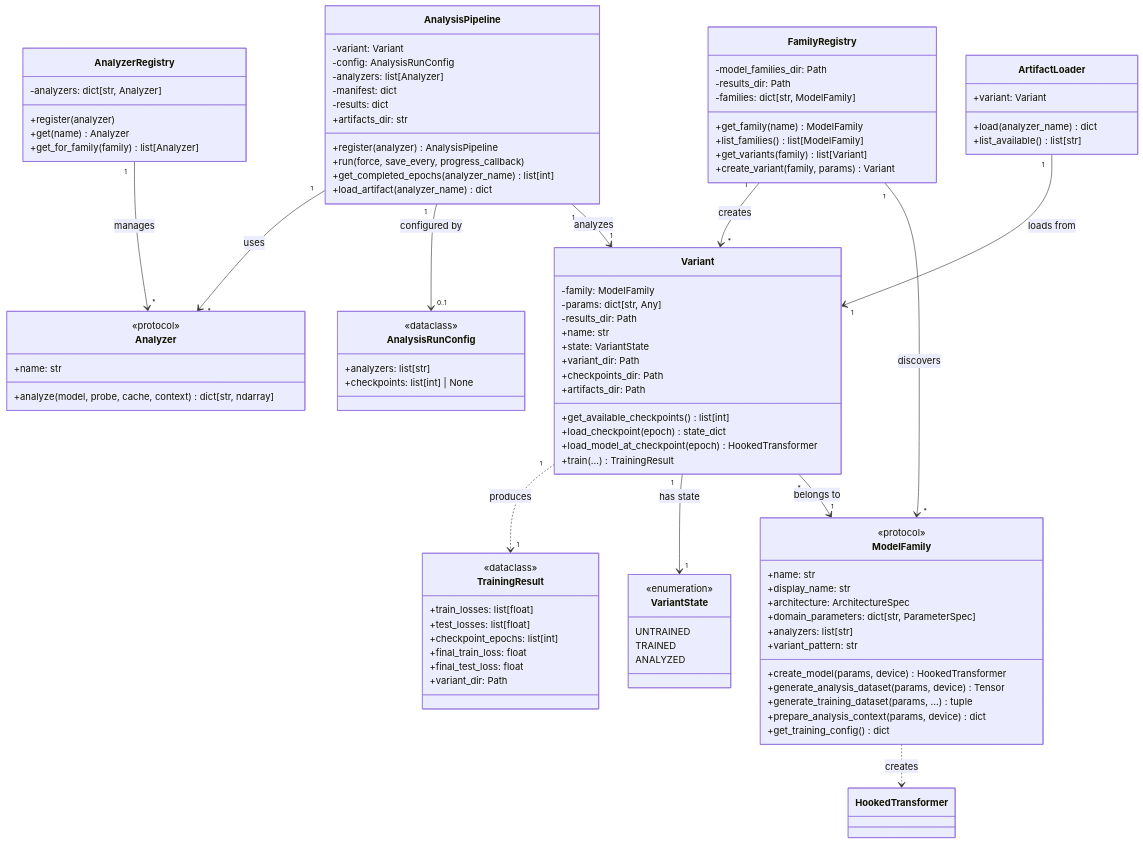
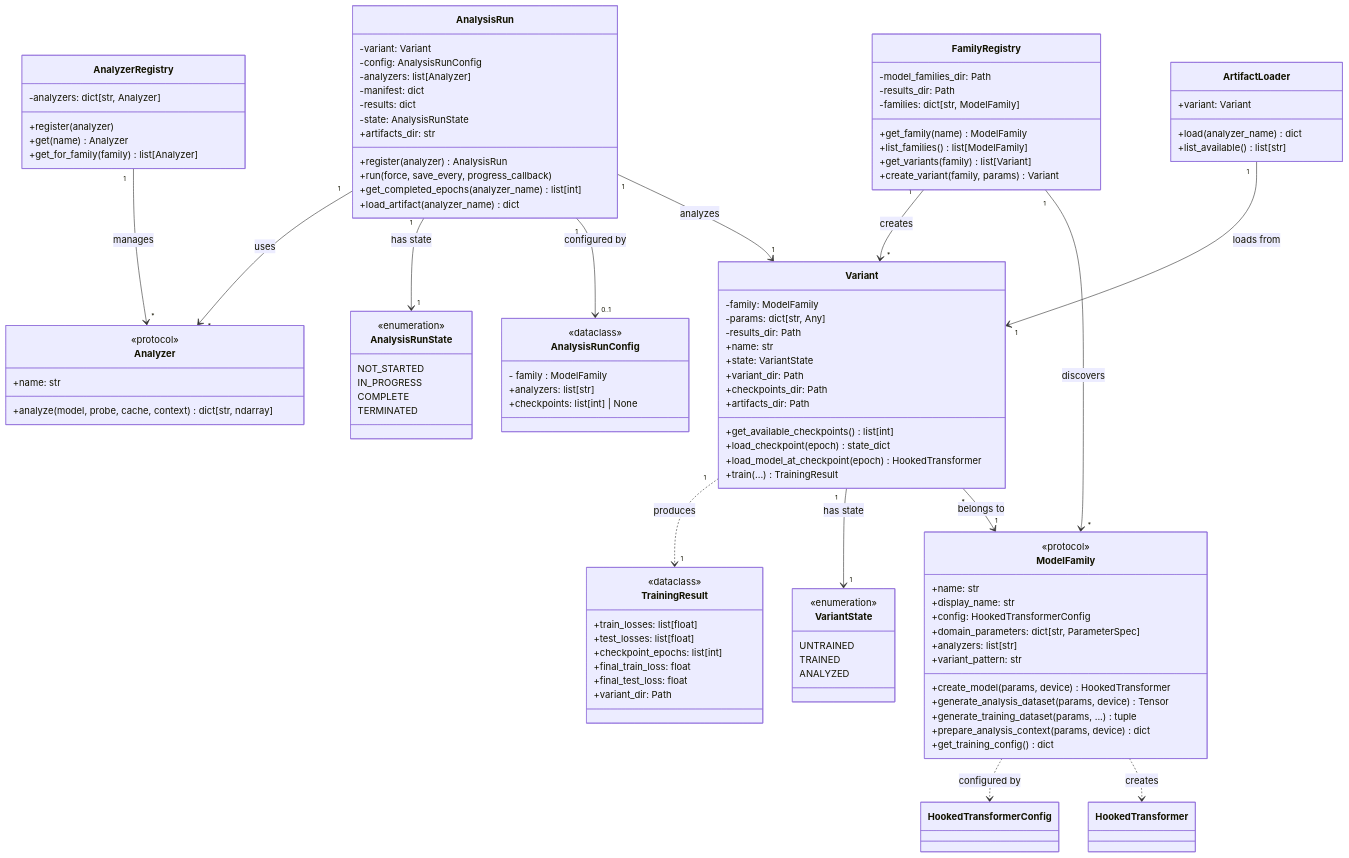
The diagram in DOMAIN_MODEL.md (roaringsurfdev/training-dynamics-workbench), drawn with Mermaid before and after one commit. The commit also changed other lines of this file and 21 other files, not shown here.

````diff
--- a/DOMAIN_MODEL.md
+++ b/DOMAIN_MODEL.md
@@ -22,7 +22,7 @@
         <<protocol>>
         +name: str
         +display_name: str
-        +architecture: ArchitectureSpec
+        +config: HookedTransformerConfig
         +domain_parameters: dict[str, ParameterSpec]
         +analyzers: list[str]
         +variant_pattern: str
@@ -55,21 +55,31 @@
         ANALYZED
     }
 
-    class AnalysisPipeline {
+    class AnalysisRun {
         -variant: Variant
         -config: AnalysisRunConfig
         -analyzers: list[Analyzer]
         -manifest: dict
         -results: dict
+        -state: AnalysisRunState
         +artifacts_dir: str
-        +register(analyzer) AnalysisPipeline
+        +register(analyzer) AnalysisRun
         +run(force, save_every, progress_callback)
         +get_completed_epochs(analyzer_name) list[int]
         +load_artifact(analyzer_name) dict
     }
 
+    class AnalysisRunState {
+        <<enumeration>>
+        NOT_STARTED
+        IN_PROGRESS
+        COMPLETE
+        TERMINATED
+    }
+
     class AnalysisRunConfig {
         <<dataclass>>
+        - family : ModelFamily
         +analyzers: list[str]
         +checkpoints: list[int] | None
     }
@@ -110,13 +120,15 @@
     Variant "1" --> "1" VariantState : has state
     Variant "1" ..> "1" TrainingResult : produces
 
-    AnalysisPipeline "1" --> "1" Variant : analyzes
-    AnalysisPipeline "1" --> "0..1" AnalysisRunConfig : configured by
-    AnalysisPipeline "1" --> "*" Analyzer : uses
+    AnalysisRun "1" --> "1" Variant : analyzes
+    AnalysisRun "1" --> "0..1" AnalysisRunConfig : configured by
+    AnalysisRun "1" --> "1" AnalysisRunState : has state
+    AnalysisRun "1" --> "*" Analyzer : uses
 
     AnalyzerRegistry "1" --> "*" Analyzer : manages
 
     ArtifactLoader "1" --> "1" Variant : loads from
 
     ModelFamily ..> HookedTransformer : creates
+    ModelFamily ..> HookedTransformerConfig : configured by
 ```
````
